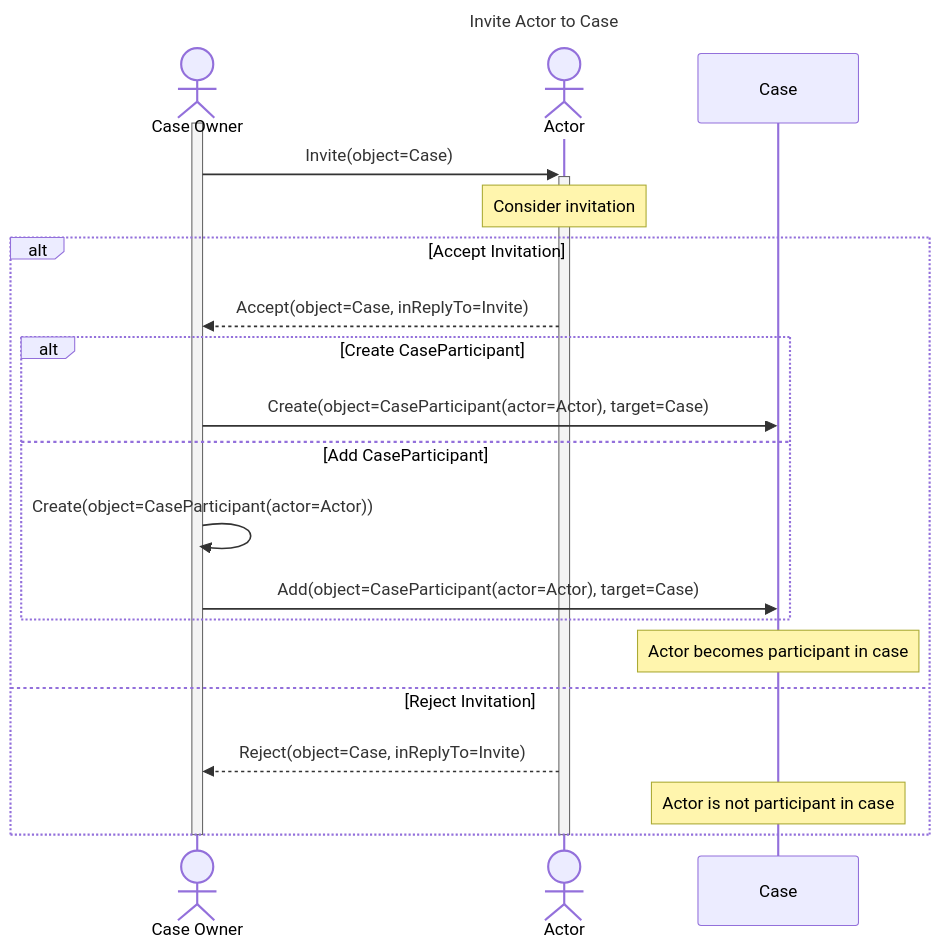
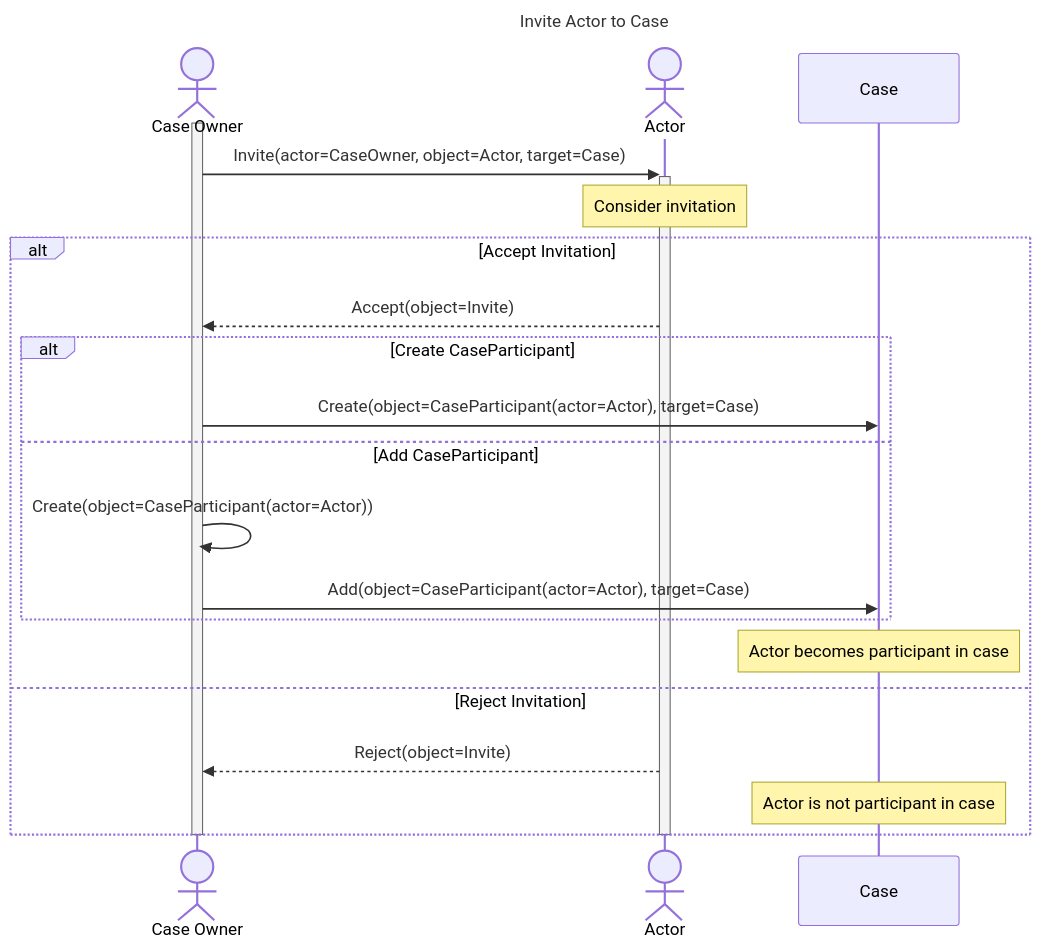
Before and after one commit to CERTCC/Vultron: the first of 3 diagrams in docs/howto/activitypub/activities/invite_actor.md, drawn with Mermaid. The commit also changed 6 other files, not shown here.

First line of the commit message:
fix: accept the offer, not the offered object

````diff
--- a/docs/howto/activitypub/activities/invite_actor.md
+++ b/docs/howto/activitypub/activities/invite_actor.md
@@ -14,27 +14,27 @@
 ```mermaid
 ---
 title: Invite Actor to Case
 ---
 sequenceDiagram
     actor O as Case Owner
     actor A as Actor
     participant C as Case
     activate O
-    O ->>+ A: Invite(object=Case)
+    O ->>+ A: Invite(actor=CaseOwner, object=Actor, target=Case)
     note over A: Consider invitation
     alt Accept Invitation
-        A -->> O: Accept(object=Case, inReplyTo=Invite)
+        A -->> O: Accept(object=Invite)
         alt Create CaseParticipant
         O ->> C: Create(object=CaseParticipant(actor=Actor), target=Case)
         else Add CaseParticipant
         O ->> O: Create(object=CaseParticipant(actor=Actor))
         O ->> C: Add(object=CaseParticipant(actor=Actor), target=Case)
         end
         note over C: Actor becomes participant in case
     else Reject Invitation
-        A -->> O: Reject(object=Case, inReplyTo=Invite)
+        A -->> O: Reject(object=Invite)
         note over C: Actor is not participant in case
     end
     deactivate A
     deactivate O
 ```
````
